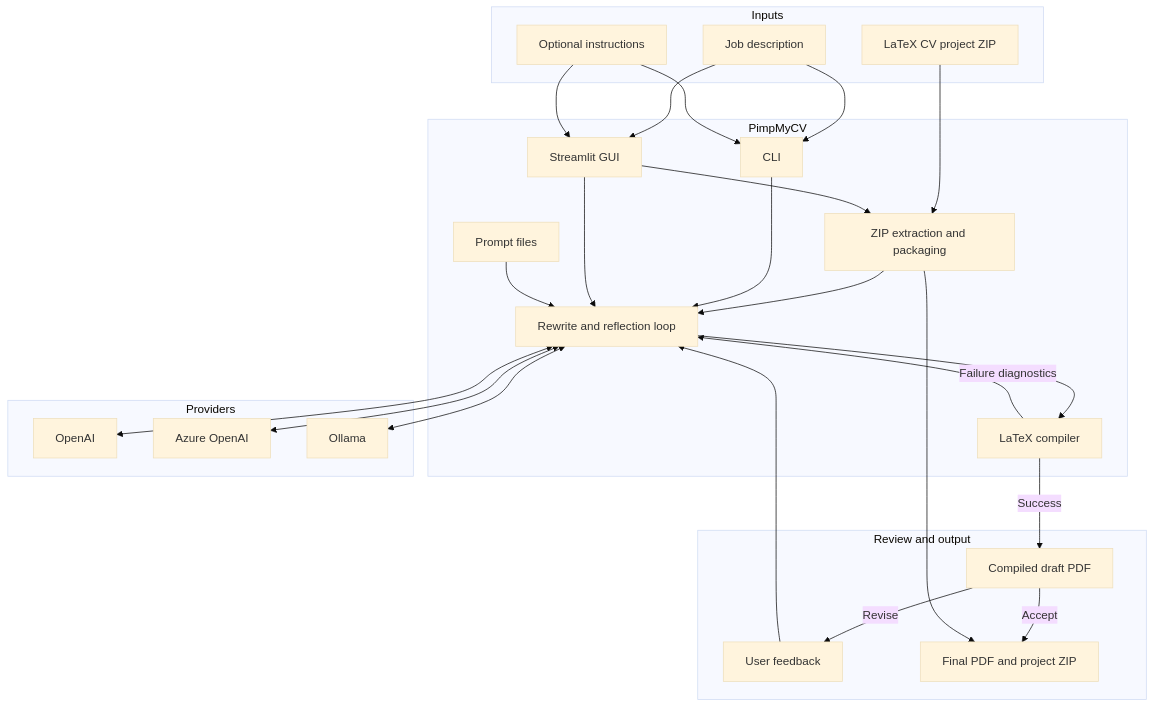
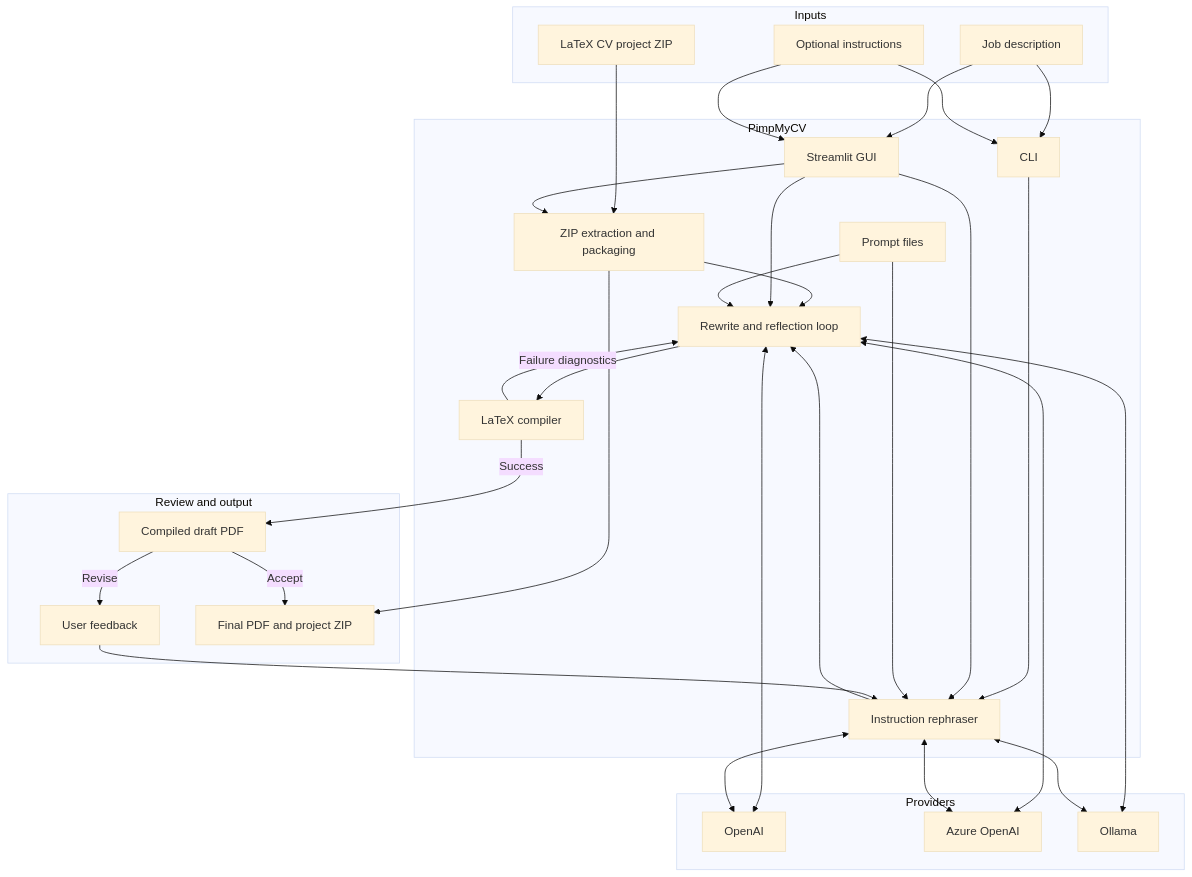
One commit to iosifidisvasileios/PimpMyCV changed the diagram in README.md. Above: the diagram before and after it, drawn with Mermaid (base theme). The commit also changed 3 other files, not shown here.

First line of the commit message:
Add instruction rephraser and update architecture

````diff
--- a/README.md
+++ b/README.md
@@ -137,48 +137,55 @@
 ```mermaid
 graph TB
     subgraph Inputs
         CV["LaTeX CV project ZIP"]
         Job["Job description"]
         Instructions["Optional instructions"]
     end
 
     subgraph PimpMyCV
         CLI["CLI"]
         GUI["Streamlit GUI"]
         Archive["ZIP extraction and packaging"]
+        Rephraser["Instruction rephraser"]
         Agent["Rewrite and reflection loop"]
         Prompts["Prompt files"]
         Compiler["LaTeX compiler"]
     end
 
     subgraph Providers
         OpenAI["OpenAI"]
         Azure["Azure OpenAI"]
         Ollama["Ollama"]
     end
 
     subgraph Review_and_Output["Review and output"]
         Draft["Compiled draft PDF"]
         Feedback["User feedback"]
         Final["Final PDF and project ZIP"]
     end
 
     CV --> Archive --> Agent
     Job --> CLI
     Instructions --> CLI
     Job --> GUI
     Instructions --> GUI
-    CLI --> Agent
+    CLI --> Rephraser
+    GUI --> Rephraser
+    Rephraser --> Agent
     GUI --> Archive
     GUI --> Agent
     Prompts --> Agent
+    Prompts --> Rephraser
     Agent <--> OpenAI
     Agent <--> Azure
     Agent <--> Ollama
+    Rephraser <--> OpenAI
+    Rephraser <--> Azure
+    Rephraser <--> Ollama
     Agent --> Compiler
     Compiler -->|Success| Draft
     Compiler -->|Failure diagnostics| Agent
-    Draft -->|Revise| Feedback --> Agent
+    Draft -->|Revise| Feedback --> Rephraser
     Draft -->|Accept| Final
     Archive --> Final
 ```
````
